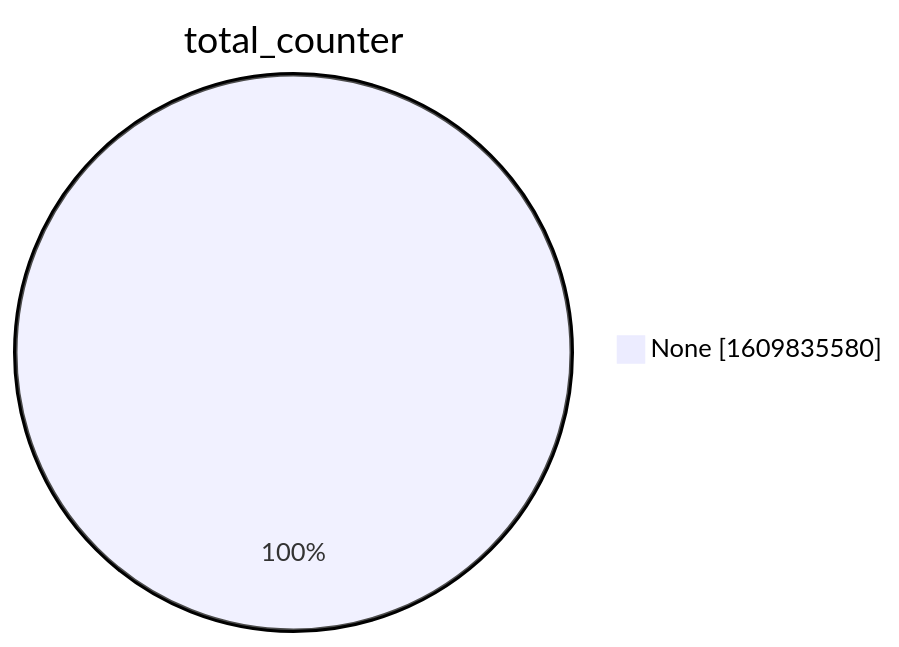
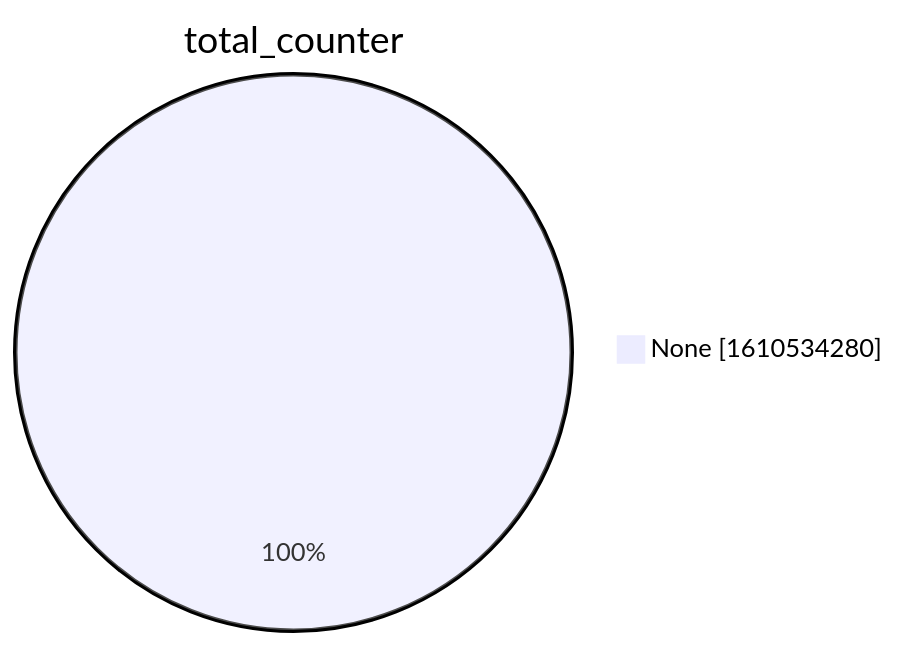
One commit to christiankrug/ctmonitor_visualization changed the second of 15 diagrams in xenon2022/README.md. Above: the diagram before and after it, drawn with Mermaid. The commit also changed other lines of this file, not shown here.

````diff
--- a/xenon2022/README.md
+++ b/xenon2022/README.md
@@ -9,5 +9,5 @@
 ```mermaid
 pie showData
 title total_counter
-"None" :1609835580
+"None" :1610534280
 ```
````
